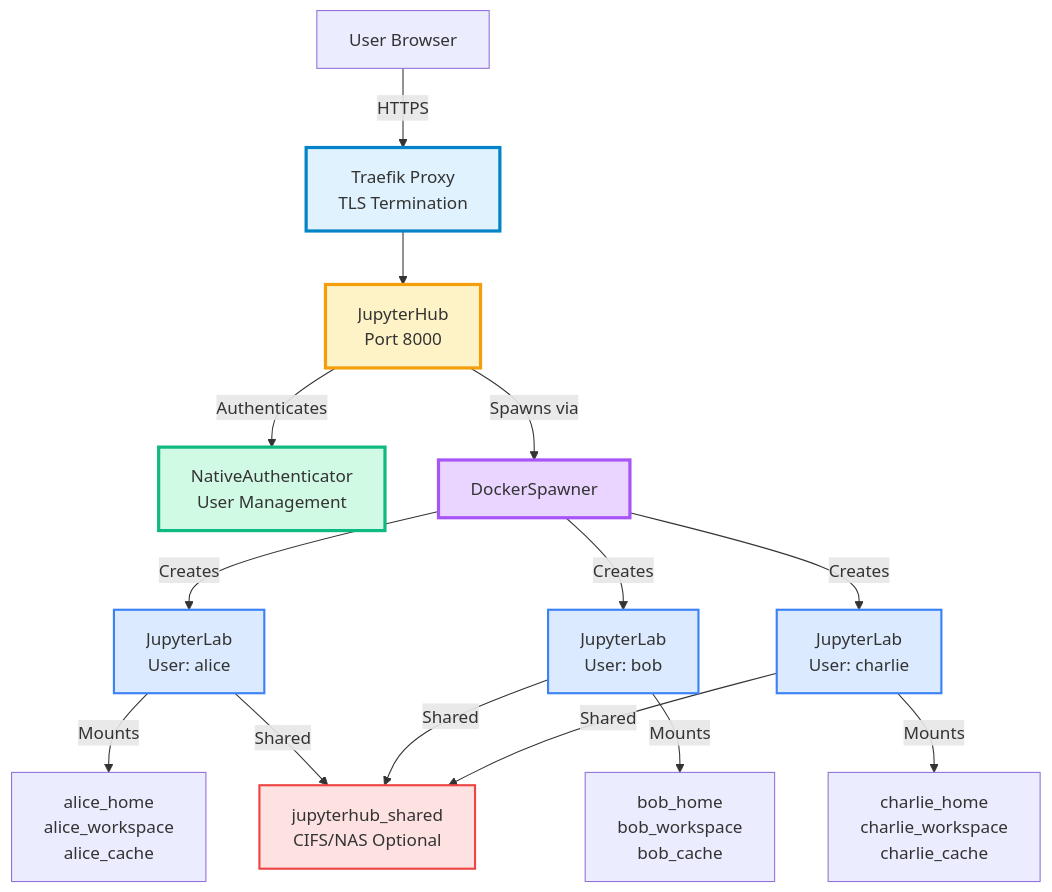
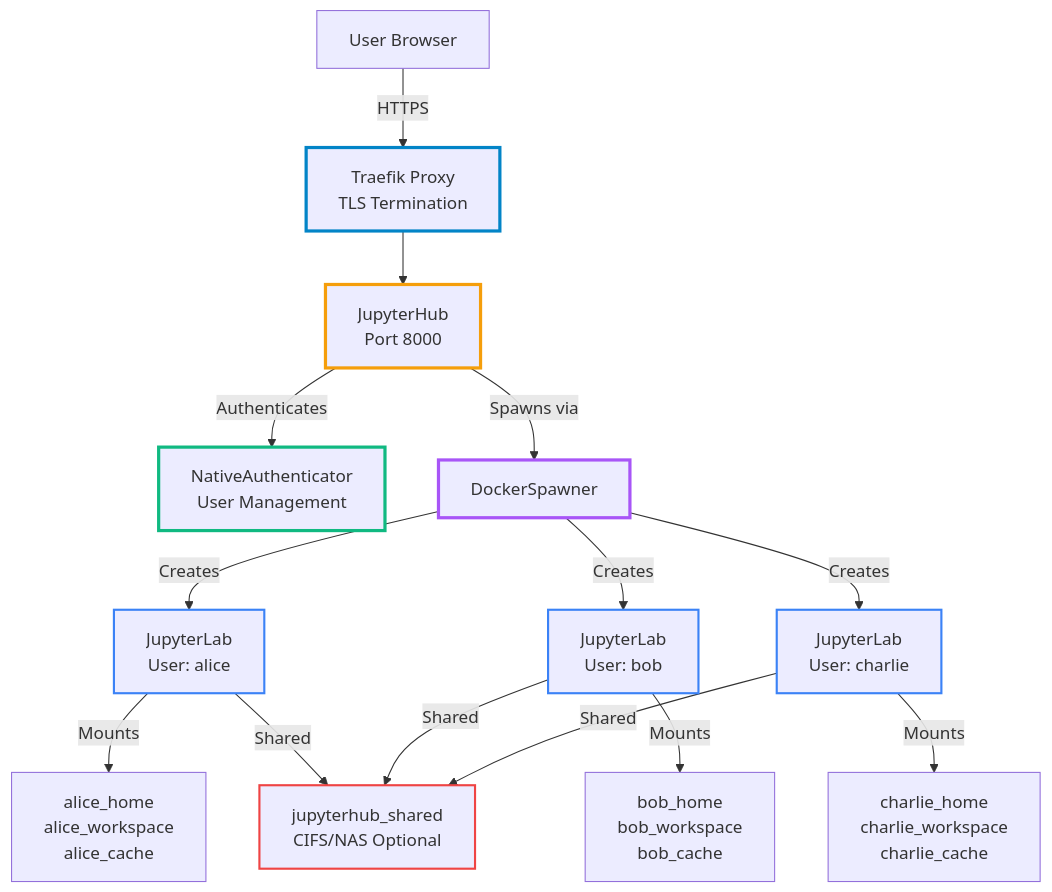
The diagram in README.md (stellarshenson/stellars-jupyterhub-ds), drawn with Mermaid before and after one commit.

Commit message:
docs: remove fill colors from architecture diagram for transparent background
- Remove fill colors from mermaid diagram nodes
- Keep stroke colors and widths for visual distinction
- Improves compatibility with different GitHub themes (light/dark mode)

````diff
--- a/README.md
+++ b/README.md
@@ -16,29 +16,29 @@
 ```mermaid
 graph TB
     User[User Browser] -->|HTTPS| Traefik[Traefik Proxy<br/>TLS Termination]
     Traefik --> Hub[JupyterHub<br/>Port 8000]
 
     Hub -->|Authenticates| Auth[NativeAuthenticator<br/>User Management]
     Hub -->|Spawns via| Spawner[DockerSpawner]
 
     Spawner -->|Creates| Lab1[JupyterLab<br/>User: alice]
     Spawner -->|Creates| Lab2[JupyterLab<br/>User: bob]
     Spawner -->|Creates| Lab3[JupyterLab<br/>User: charlie]
 
     Lab1 -->|Mounts| Vol1[alice_home<br/>alice_workspace<br/>alice_cache]
     Lab2 -->|Mounts| Vol2[bob_home<br/>bob_workspace<br/>bob_cache]
     Lab3 -->|Mounts| Vol3[charlie_home<br/>charlie_workspace<br/>charlie_cache]
 
     Lab1 -->|Shared| Shared[jupyterhub_shared<br/>CIFS/NAS Optional]
     Lab2 -->|Shared| Shared
     Lab3 -->|Shared| Shared
 
-    style Hub fill:#fef3c7,stroke:#f59e0b,stroke-width:3px
-    style Traefik fill:#e0f2fe,stroke:#0284c7,stroke-width:3px
-    style Auth fill:#d1fae5,stroke:#10b981,stroke-width:3px
-    style Spawner fill:#e9d5ff,stroke:#a855f7,stroke-width:3px
-    style Lab1 fill:#dbeafe,stroke:#3b82f6,stroke-width:2px
-    style Lab2 fill:#dbeafe,stroke:#3b82f6,stroke-width:2px
-    style Lab3 fill:#dbeafe,stroke:#3b82f6,stroke-width:2px
-    style Shared fill:#fee2e2,stroke:#ef4444,stroke-width:2px
+    style Hub stroke:#f59e0b,stroke-width:3px
+    style Traefik stroke:#0284c7,stroke-width:3px
+    style Auth stroke:#10b981,stroke-width:3px
+    style Spawner stroke:#a855f7,stroke-width:3px
+    style Lab1 stroke:#3b82f6,stroke-width:2px
+    style Lab2 stroke:#3b82f6,stroke-width:2px
+    style Lab3 stroke:#3b82f6,stroke-width:2px
+    style Shared stroke:#ef4444,stroke-width:2px
 ```
````
